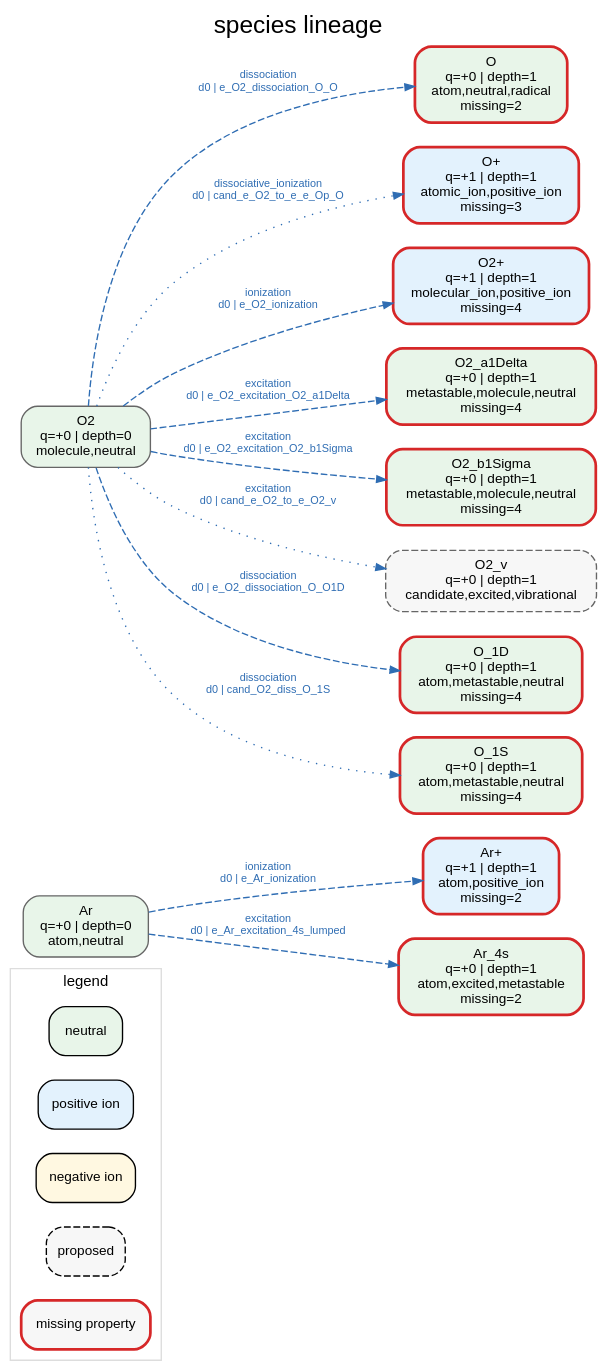
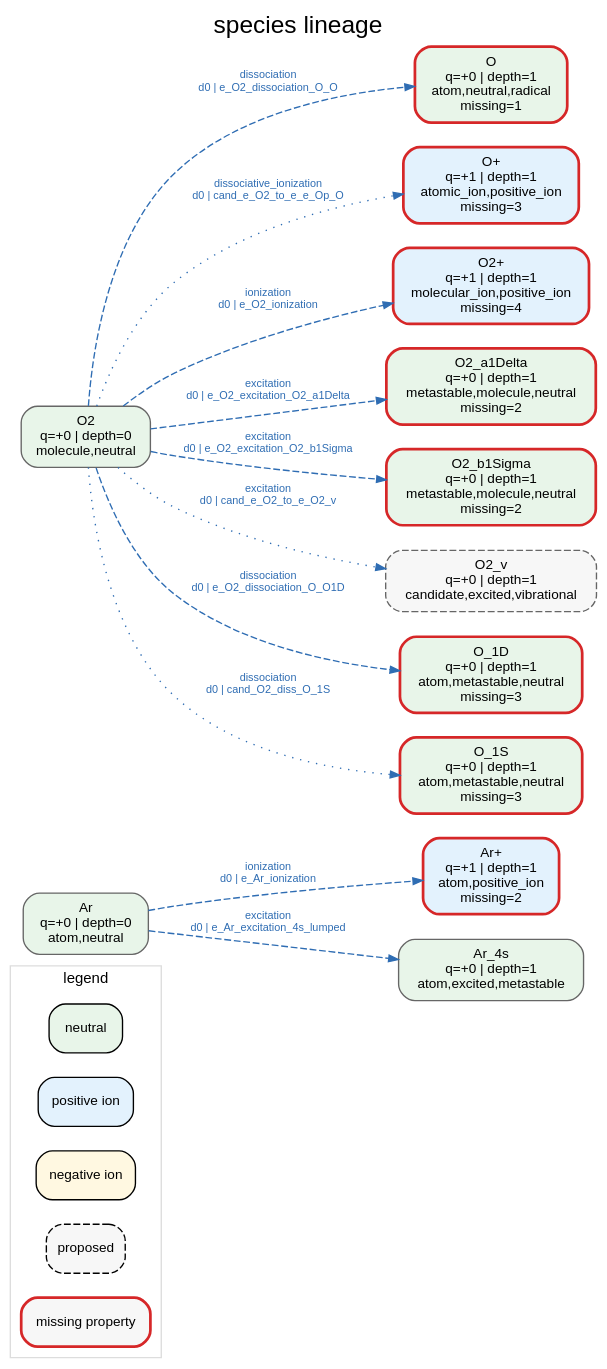
Before and after one commit to dkawa2523/react_gen: the diagram in cases/ar_o2/candidates/species_lineage.dot, drawn with Graphviz. The commit also changed 778 other files, not shown here.

```diff
--- a/cases/ar_o2/candidates/species_lineage.dot
+++ b/cases/ar_o2/candidates/species_lineage.dot
@@ -1,35 +1,35 @@
 digraph reactions {
   graph [rankdir=LR, splines=true, overlap=false, label="species lineage", labelloc=t, fontsize=18, fontname="Helvetica", bgcolor="transparent"];
   node [shape=box, style="rounded,filled", fontname="Helvetica", fontsize=10, margin=0.08];
   edge [fontname="Helvetica", fontsize=8, arrowsize=0.7];
   subgraph cluster_legend {
     label="legend"; fontsize=11; color="#DDDDDD";
     l_n [label="neutral", fillcolor="#E8F5E9"];
     l_p [label="positive ion", fillcolor="#E3F2FD"];
     l_m [label="negative ion", fillcolor="#FFF8E1"];
     l_c [label="proposed", fillcolor="#F7F7F7", style="rounded,filled,dashed"];
     l_x [label="missing property", fillcolor="#F7F7F7", color="#D62728", penwidth=2.0];
   }
   "Ar" [label="Ar\nq=+0 | depth=0\natom,neutral", fillcolor="#E8F5E9", style="rounded,filled", color="#666666", penwidth=1.0, tooltip="Ar"];
   "Ar+" [label="Ar+\nq=+1 | depth=1\natom,positive_ion\nmissing=2", fillcolor="#E3F2FD", style="rounded,filled", color="#D62728", penwidth=2.0, tooltip="Ar+ | missing=electron_affinity_eV,polarizability_A3"];
-  "Ar_4s" [label="Ar_4s\nq=+0 | depth=1\natom,excited,metastable\nmissing=2", fillcolor="#E8F5E9", style="rounded,filled", color="#D62728", penwidth=2.0, tooltip="Ar_4s | missing=collision_radius_A,polarizability_A3"];
-  "O" [label="O\nq=+0 | depth=1\natom,neutral,radical\nmissing=2", fillcolor="#E8F5E9", style="rounded,filled", color="#D62728", penwidth=2.0, tooltip="O | missing=collision_radius_A,polarizability_A3"];
+  "Ar_4s" [label="Ar_4s\nq=+0 | depth=1\natom,excited,metastable", fillcolor="#E8F5E9", style="rounded,filled", color="#666666", penwidth=1.0, tooltip="Ar_4s"];
+  "O" [label="O\nq=+0 | depth=1\natom,neutral,radical\nmissing=1", fillcolor="#E8F5E9", style="rounded,filled", color="#D62728", penwidth=2.0, tooltip="O | missing=collision_radius_A"];
   "O+" [label="O+\nq=+1 | depth=1\natomic_ion,positive_ion\nmissing=3", fillcolor="#E3F2FD", style="rounded,filled", color="#D62728", penwidth=2.0, tooltip="O+ | missing=collision_radius_A,electron_affinity_eV,polarizability_A3"];
   "O2" [label="O2\nq=+0 | depth=0\nmolecule,neutral", fillcolor="#E8F5E9", style="rounded,filled", color="#666666", penwidth=1.0, tooltip="O2"];
   "O2+" [label="O2+\nq=+1 | depth=1\nmolecular_ion,positive_ion\nmissing=4", fillcolor="#E3F2FD", style="rounded,filled", color="#D62728", penwidth=2.0, tooltip="O2+ | missing=collision_radius_A,electron_affinity_eV,ionization_energy_eV,polarizability_A3"];
-  "O2_a1Delta" [label="O2_a1Delta\nq=+0 | depth=1\nmetastable,molecule,neutral\nmissing=4", fillcolor="#E8F5E9", style="rounded,filled", color="#D62728", penwidth=2.0, tooltip="O2_a1Delta | missing=collision_radius_A,electron_affinity_eV,ionization_energy_eV,polarizability_A3"];
-  "O2_b1Sigma" [label="O2_b1Sigma\nq=+0 | depth=1\nmetastable,molecule,neutral\nmissing=4", fillcolor="#E8F5E9", style="rounded,filled", color="#D62728", penwidth=2.0, tooltip="O2_b1Sigma | missing=collision_radius_A,electron_affinity_eV,ionization_energy_eV,polarizability_A3"];
+  "O2_a1Delta" [label="O2_a1Delta\nq=+0 | depth=1\nmetastable,molecule,neutral\nmissing=2", fillcolor="#E8F5E9", style="rounded,filled", color="#D62728", penwidth=2.0, tooltip="O2_a1Delta | missing=electron_affinity_eV,ionization_energy_eV"];
+  "O2_b1Sigma" [label="O2_b1Sigma\nq=+0 | depth=1\nmetastable,molecule,neutral\nmissing=2", fillcolor="#E8F5E9", style="rounded,filled", color="#D62728", penwidth=2.0, tooltip="O2_b1Sigma | missing=electron_affinity_eV,ionization_energy_eV"];
   "O2_v" [label="O2_v\nq=+0 | depth=1\ncandidate,excited,vibrational", fillcolor="#F7F7F7", style="rounded,filled,dashed", color="#666666", penwidth=1.0, tooltip="O2_v"];
-  "O_1D" [label="O_1D\nq=+0 | depth=1\natom,metastable,neutral\nmissing=4", fillcolor="#E8F5E9", style="rounded,filled", color="#D62728", penwidth=2.0, tooltip="O_1D | missing=collision_radius_A,electron_affinity_eV,ionization_energy_eV,polarizability_A3"];
-  "O_1S" [label="O_1S\nq=+0 | depth=1\natom,metastable,neutral\nmissing=4", fillcolor="#E8F5E9", style="rounded,filled", color="#D62728", penwidth=2.0, tooltip="O_1S | missing=collision_radius_A,electron_affinity_eV,ionization_energy_eV,polarizability_A3"];
+  "O_1D" [label="O_1D\nq=+0 | depth=1\natom,metastable,neutral\nmissing=3", fillcolor="#E8F5E9", style="rounded,filled", color="#D62728", penwidth=2.0, tooltip="O_1D | missing=collision_radius_A,electron_affinity_eV,ionization_energy_eV"];
+  "O_1S" [label="O_1S\nq=+0 | depth=1\natom,metastable,neutral\nmissing=3", fillcolor="#E8F5E9", style="rounded,filled", color="#D62728", penwidth=2.0, tooltip="O_1S | missing=collision_radius_A,electron_affinity_eV,ionization_energy_eV"];
   "Ar" -> "Ar_4s" [label="excitation\nd0 | e_Ar_excitation_4s_lumped", color="#2F6DB3", fontcolor="#2F6DB3", style="dashed", tooltip="e + Ar -> e + Ar_4s"];
   "Ar" -> "Ar+" [label="ionization\nd0 | e_Ar_ionization", color="#2F6DB3", fontcolor="#2F6DB3", style="dashed", tooltip="e + Ar -> 2 e + Ar+"];
   "O2" -> "O2_a1Delta" [label="excitation\nd0 | e_O2_excitation_O2_a1Delta", color="#2F6DB3", fontcolor="#2F6DB3", style="dashed", tooltip="e + O2 -> e + O2_a1Delta"];
   "O2" -> "O2_b1Sigma" [label="excitation\nd0 | e_O2_excitation_O2_b1Sigma", color="#2F6DB3", fontcolor="#2F6DB3", style="dashed", tooltip="e + O2 -> e + O2_b1Sigma"];
   "O2" -> "O2+" [label="ionization\nd0 | e_O2_ionization", color="#2F6DB3", fontcolor="#2F6DB3", style="dashed", tooltip="e + O2 -> 2 e + O2+"];
   "O2" -> "O" [label="dissociation\nd0 | e_O2_dissociation_O_O", color="#2F6DB3", fontcolor="#2F6DB3", style="dashed", tooltip="e + O2 -> e + 2 O"];
   "O2" -> "O_1D" [label="dissociation\nd0 | e_O2_dissociation_O_O1D", color="#2F6DB3", fontcolor="#2F6DB3", style="dashed", tooltip="e + O2 -> e + O + O_1D"];
   "O2" -> "O2_v" [label="excitation\nd0 | cand_e_O2_to_e_O2_v", color="#2F6DB3", fontcolor="#2F6DB3", style="dotted", tooltip="e + O2 -> e + O2_v"];
   "O2" -> "O+" [label="dissociative_ionization\nd0 | cand_e_O2_to_e_e_Op_O", color="#2F6DB3", fontcolor="#2F6DB3", style="dotted", tooltip="e + O2 -> e + e + O+ + O"];
   "O2" -> "O_1S" [label="dissociation\nd0 | cand_O2_diss_O_1S", color="#2F6DB3", fontcolor="#2F6DB3", style="dotted", tooltip="e + O2 -> e + O + O_1S"];
 }
```
